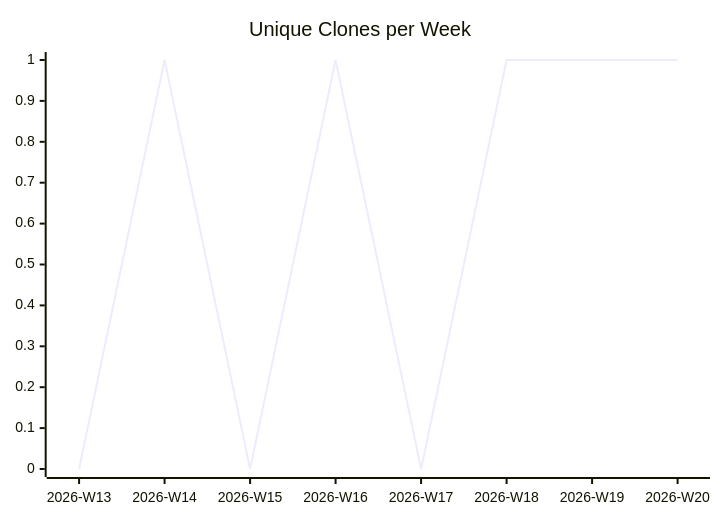
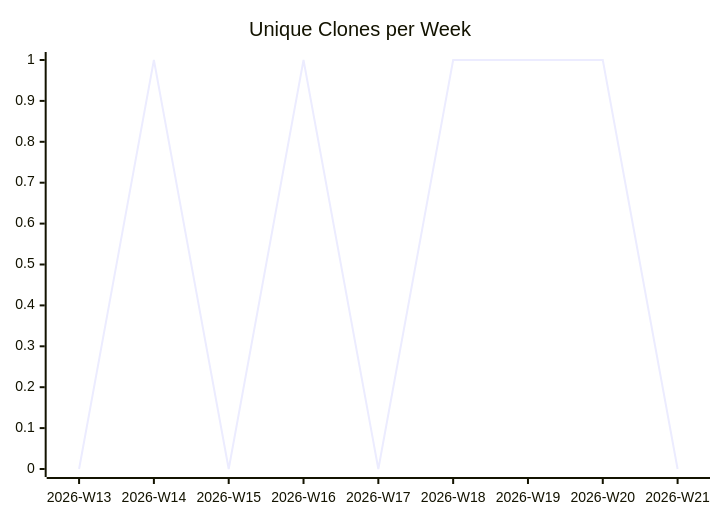
One commit to justdavis-family/github-analytics-data changed the third of 3 diagrams in karlmdavis/ansible-role-ldap/README.md. Above: the diagram before and after it, drawn with Mermaid. The commit also changed other lines of this file and 189 other files, not shown here.

````diff
--- a/karlmdavis/ansible-role-ldap/README.md
+++ b/karlmdavis/ansible-role-ldap/README.md
@@ -19,6 +19,6 @@
 ```mermaid
 xychart-beta
   title "Unique Clones per Week"
-  x-axis ["2026-W13", "2026-W14", "2026-W15", "2026-W16", "2026-W17", "2026-W18", "2026-W19", "2026-W20"]
-  line [0, 1, 0, 1, 0, 1, 1, 1]
+  x-axis ["2026-W13", "2026-W14", "2026-W15", "2026-W16", "2026-W17", "2026-W18", "2026-W19", "2026-W20", "2026-W21"]
+  line [0, 1, 0, 1, 0, 1, 1, 1, 0]
 ```
````
